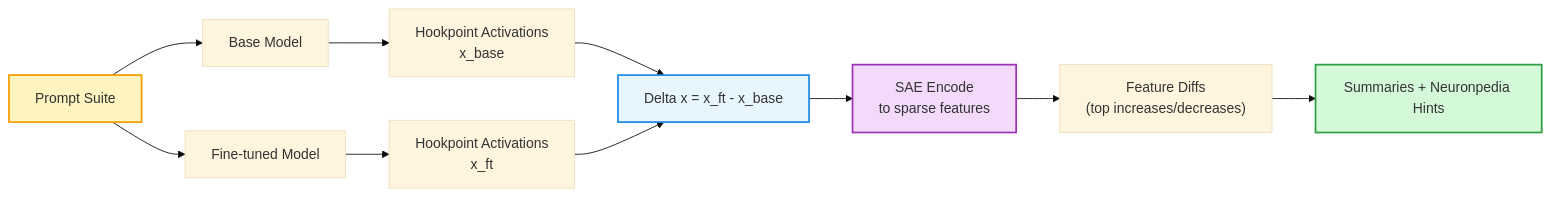
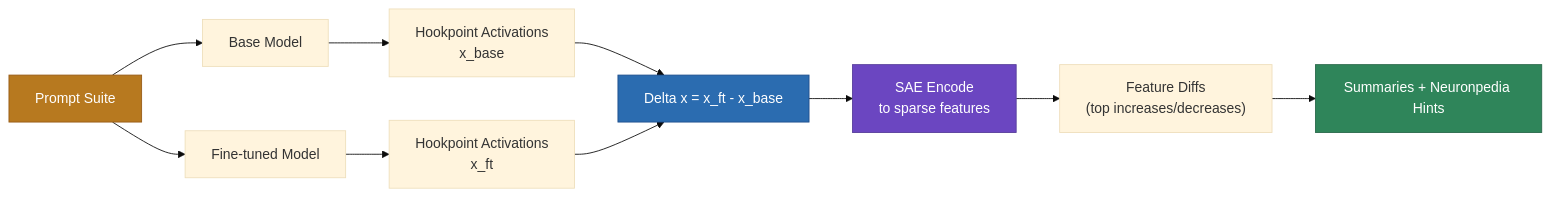
Before and after one commit to hananather/codex_mcp_finetune_auditor: the second of 3 diagrams in README.md, drawn with Mermaid (base theme). The commit also changed other lines of this file, not shown here.

Commit message:
docs: adjust mermaid colors for dark/light

````diff
--- a/README.md
+++ b/README.md
@@ -80,18 +85,23 @@
 ```mermaid
 flowchart LR
     P[Prompt Suite] --> B[Base Model]
     P --> F[Fine-tuned Model]
 
     B --> XB["Hookpoint Activations\nx_base"]
     F --> XF["Hookpoint Activations\nx_ft"]
 
     XB & XF --> D[Delta x = x_ft - x_base]
     D --> S["SAE Encode\nto sparse features"]
     S --> R["Feature Diffs\n(top increases/decreases)"]
     R --> M["Summaries + Neuronpedia Hints"]
 
-    style P fill:#FFF3BF,stroke:#F59F00,stroke-width:2px
-    style D fill:#E7F5FF,stroke:#228BE6,stroke-width:2px
-    style S fill:#F3D9FA,stroke:#9C36B5,stroke-width:2px
-    style M fill:#D3F9D8,stroke:#2F9E44,stroke-width:2px
+    classDef primary fill:#2B6CB0,stroke:#1E4E8C,color:#FFFFFF
+    classDef accent fill:#6B46C1,stroke:#553C9A,color:#FFFFFF
+    classDef success fill:#2F855A,stroke:#276749,color:#FFFFFF
+    classDef warn fill:#B7791F,stroke:#975A16,color:#FFFFFF
+
+    class P warn
+    class D primary
+    class S accent
+    class M success
 ```
````
